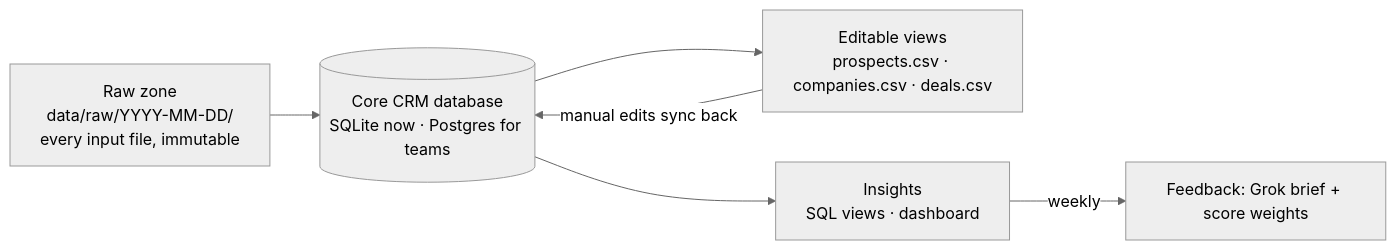
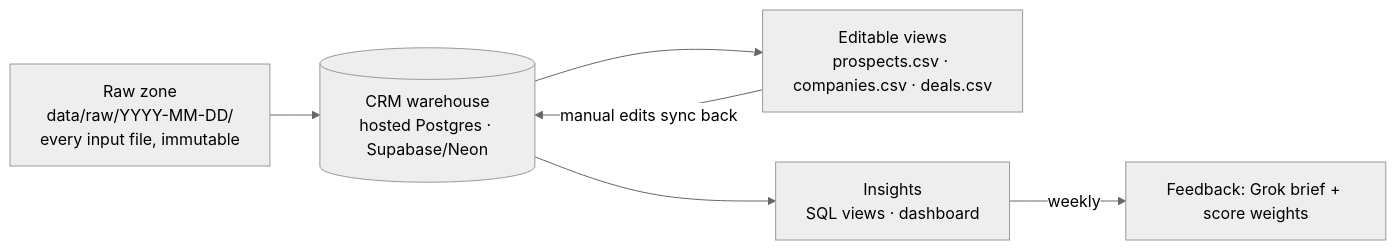
The third of 4 diagrams in docs/architecture.md (Excergic/gtm-engine-founders-Head-Marketing-Sales-people), drawn with Mermaid (neutral theme) before and after one commit. The commit also changed other lines of this file, not shown here.

First line of the commit message:
Architecture: end goal, hosted Postgres warehouse, person research, lifecycle tracking

````diff
--- a/docs/architecture.md
+++ b/docs/architecture.md
@@ -120,8 +141,8 @@
 ```mermaid
 flowchart LR
     RAW[Raw zone<br/>data/raw/YYYY-MM-DD/<br/>every input file, immutable] --> CORE
-    CORE[(Core CRM database<br/>SQLite now · Postgres for teams)] --> VIEW[Editable views<br/>prospects.csv · companies.csv · deals.csv]
+    CORE[(CRM warehouse<br/>hosted Postgres · Supabase/Neon)] --> VIEW[Editable views<br/>prospects.csv · companies.csv · deals.csv]
     VIEW -->|manual edits sync back| CORE
     CORE --> INS[Insights<br/>SQL views · dashboard]
     INS -->|weekly| FB[Feedback: Grok brief + score weights]
 ```
````
